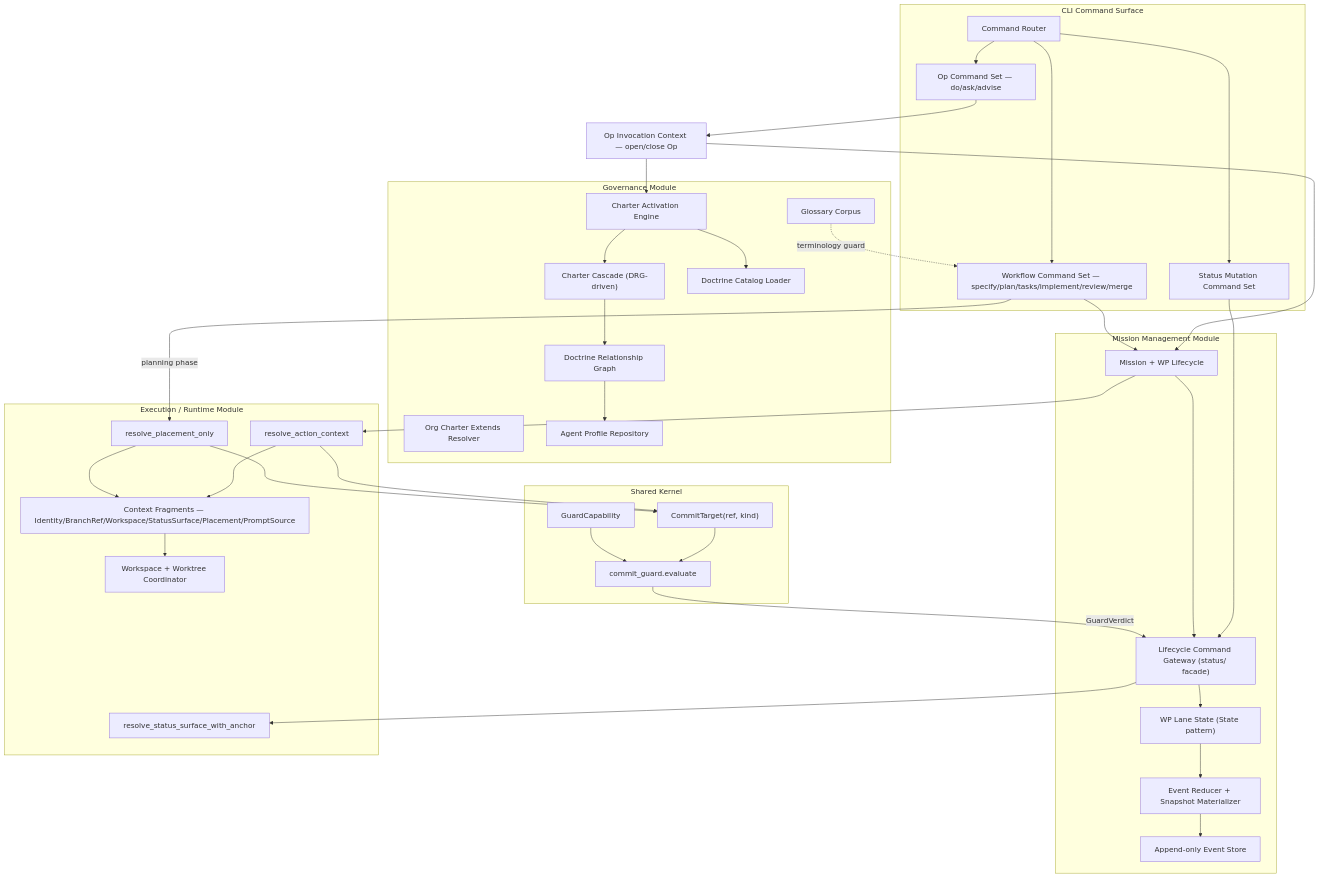
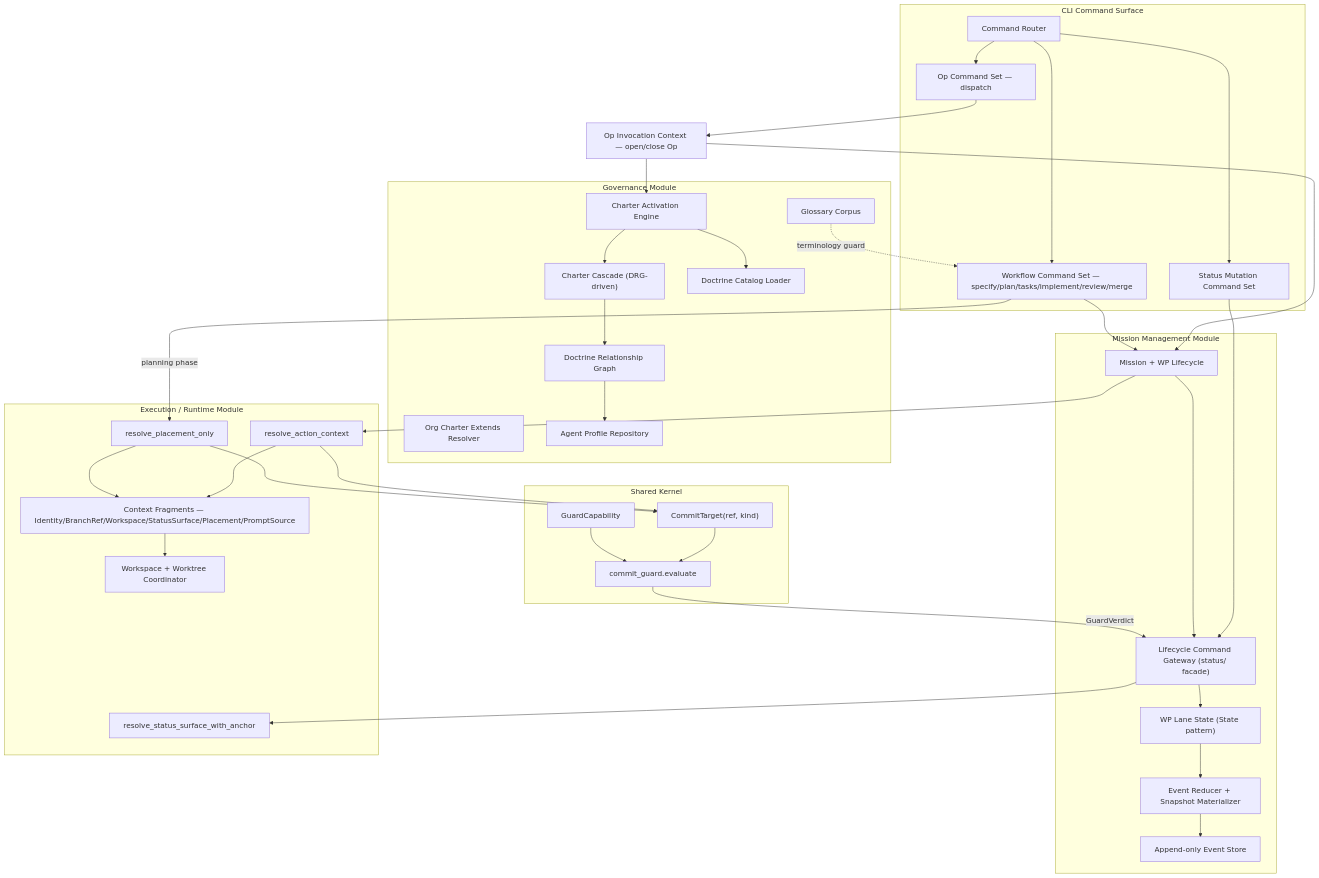
The first of 6 diagrams in architecture/diagrams/03_components/README.md (Priivacy-ai/spec-kitty), drawn with Mermaid before and after one commit. The commit also changed other lines of this file and 76 other files, not shown here.

````diff
--- a/architecture/diagrams/03_components/README.md
+++ b/architecture/diagrams/03_components/README.md
@@ -24,77 +24,77 @@
 ```mermaid
 flowchart TB
     subgraph CLI["CLI Command Surface"]
       router["Command Router"]
       workflow["Workflow Command Set — specify/plan/tasks/implement/review/merge"]
       statusCmd["Status Mutation Command Set"]
-      opCmd["Op Command Set — do/ask/advise"]
+      opCmd["Op Command Set — dispatch"]
     end
 
     subgraph Governance["Governance Module"]
       activation["Charter Activation Engine"]
       cascade["Charter Cascade (DRG-driven)"]
       orgExtends["Org Charter Extends Resolver"]
       doctrineCatalog["Doctrine Catalog Loader"]
       drg["Doctrine Relationship Graph"]
       profileRepo["Agent Profile Repository"]
       glossaryCorpus["Glossary Corpus"]
     end
 
     subgraph Mission["Mission Management Module"]
       missionLifecycle["Mission + WP Lifecycle"]
       lifecycleGateway["Lifecycle Command Gateway (status/ facade)"]
       reducer["Event Reducer + Snapshot Materializer"]
       eventStore["Append-only Event Store"]
       laneState["WP Lane State (State pattern)"]
     end
 
     subgraph Execution["Execution / Runtime Module"]
       resolveAction["resolve_action_context"]
       resolvePlacement["resolve_placement_only"]
       resolveSurface["resolve_status_surface_with_anchor"]
       fragments["Context Fragments — Identity/BranchRef/Workspace/StatusSurface/Placement/PromptSource"]
       workspaceCoord["Workspace + Worktree Coordinator"]
     end
 
     subgraph Kernel["Shared Kernel"]
       commitTarget["CommitTarget(ref, kind)"]
       guardEval["commit_guard.evaluate"]
       guardCap["GuardCapability"]
     end
 
     invocation["Op Invocation Context — open/close Op"]
 
     router --> workflow
     router --> statusCmd
     router --> opCmd
 
     opCmd --> invocation
     invocation --> activation
     activation --> cascade
     cascade --> drg
     activation --> doctrineCatalog
     drg --> profileRepo
     invocation --> missionLifecycle
 
     workflow --> missionLifecycle
     statusCmd --> lifecycleGateway
     missionLifecycle --> lifecycleGateway
     lifecycleGateway --> laneState
     laneState --> reducer
     reducer --> eventStore
 
     missionLifecycle --> resolveAction
     workflow -->|planning phase| resolvePlacement
     lifecycleGateway --> resolveSurface
     resolveAction --> fragments
     resolvePlacement --> fragments
     fragments --> workspaceCoord
 
     resolveAction --> commitTarget
     resolvePlacement --> commitTarget
     commitTarget --> guardEval
     guardCap --> guardEval
     guardEval -->|GuardVerdict| lifecycleGateway
 
     glossaryCorpus -. terminology guard .-> workflow
 ```
````
